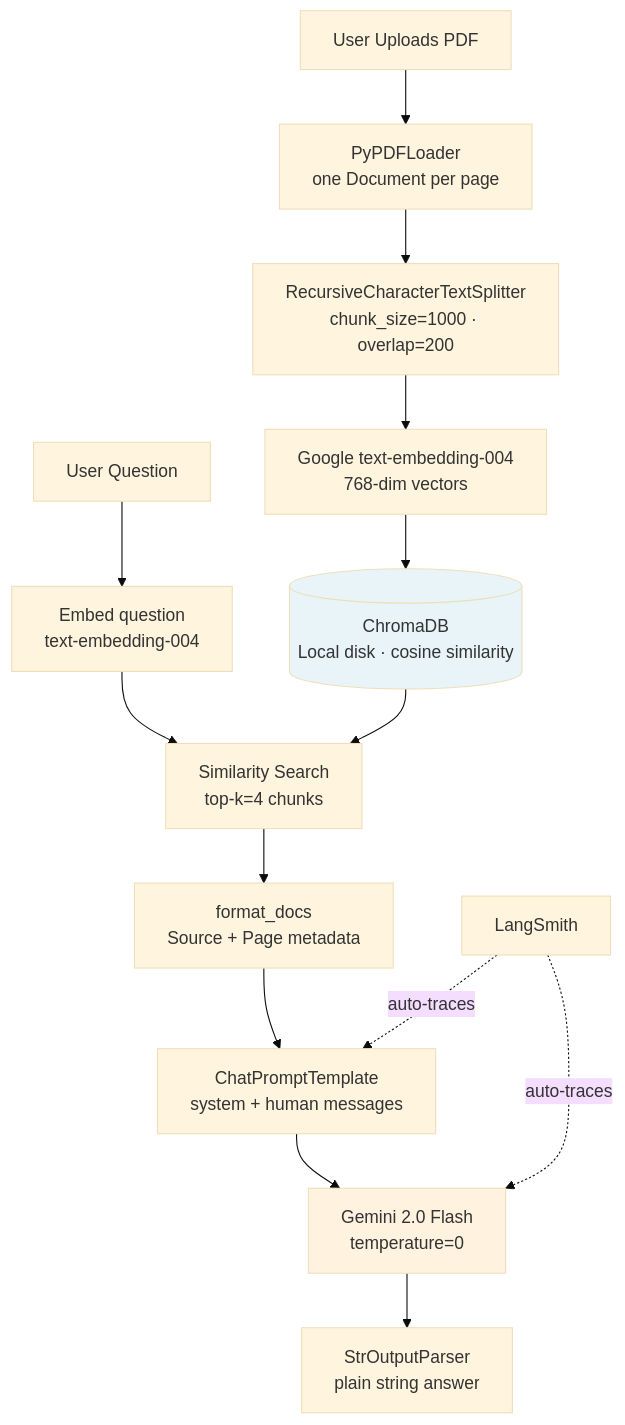
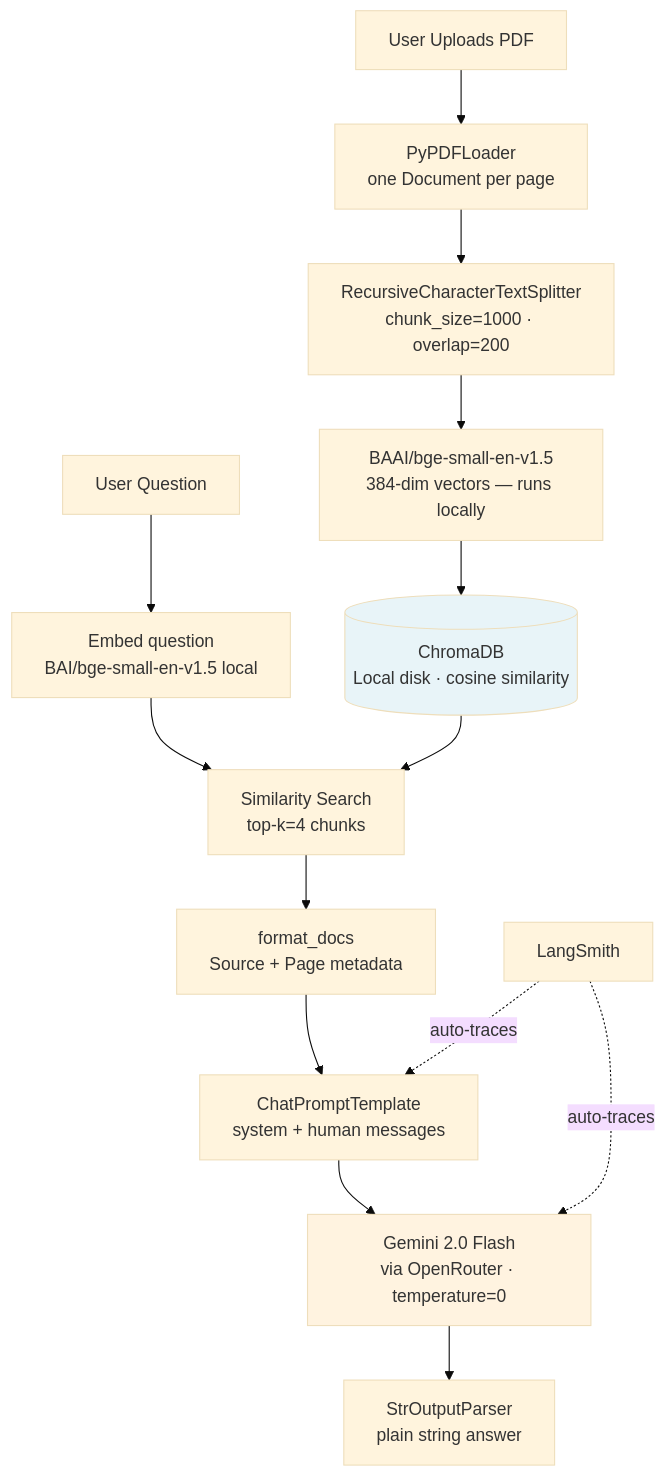
The diagram in README.md (themoizqureshi/rag-chatbot-langchain), drawn with Mermaid (base theme) before and after one commit. The commit also changed other lines of this file and 2 other files, not shown here.

Commit message:
docs: update README and architecture to reflect HuggingFace embeddings and OpenRouter

````diff
--- a/README.md
+++ b/README.md
@@ -39,21 +54,21 @@
 ```mermaid
 graph TD
     A[User Uploads PDF] --> B[PyPDFLoader\none Document per page]
     B --> C[RecursiveCharacterTextSplitter\nchunk_size=1000 · overlap=200]
-    C --> D[Google text-embedding-004\n768-dim vectors]
+    C --> D[BAAI/bge-small-en-v1.5\n384-dim vectors — runs locally]
     D --> E[(ChromaDB\nLocal disk · cosine similarity)]
 
-    F[User Question] --> G[Embed question\ntext-embedding-004]
+    F[User Question] --> G[Embed question\nBAI/bge-small-en-v1.5 local]
     G --> H[Similarity Search\ntop-k=4 chunks]
     E --> H
     H --> I[format_docs\nSource + Page metadata]
     I --> J[ChatPromptTemplate\nsystem + human messages]
-    J --> K[Gemini 2.0 Flash\ntemperature=0]
+    J --> K[Gemini 2.0 Flash\nvia OpenRouter · temperature=0]
     K --> L[StrOutputParser\nplain string answer]
 
     M[LangSmith] -.->|auto-traces| J
     M -.->|auto-traces| K
 
     style E fill:#e8f4f8
     style K fill:#fff3e0
 ```
````
